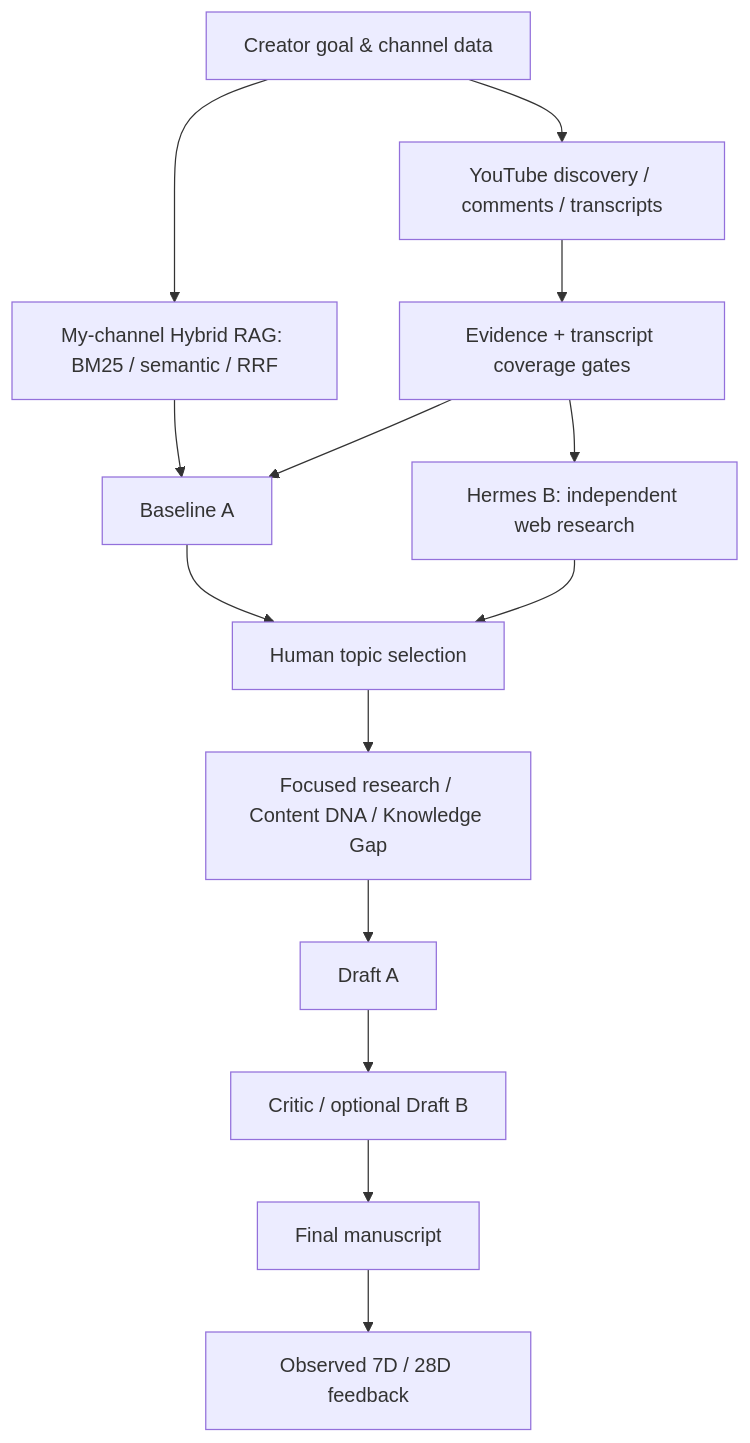
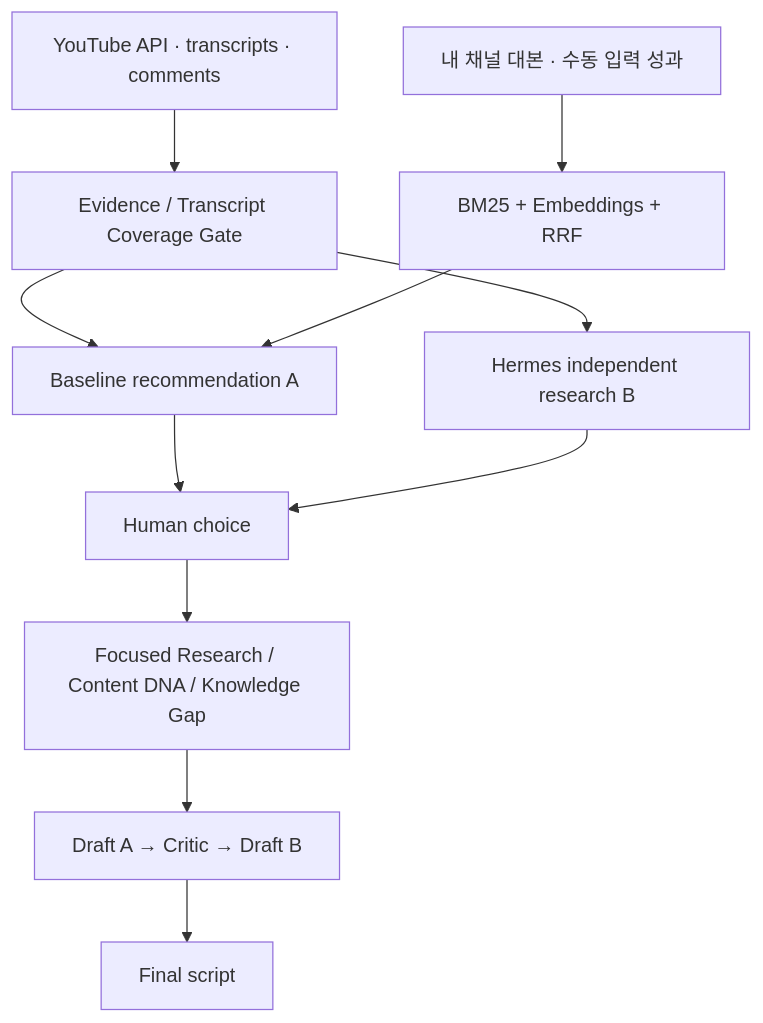
One commit to JDabeen/creator-decision-intelligence-demo changed the second of 2 diagrams in README.md. Above: the diagram before and after it, drawn with Mermaid. The commit also changed other lines of this file, not shown here.

````diff
--- a/README.md
+++ b/README.md
@@ -39,16 +45,13 @@
 ```mermaid
 flowchart TD
-  U["Creator goal & channel data"] --> Y["YouTube discovery / comments / transcripts"]
-  Y --> G["Evidence + transcript coverage gates"]
-  U --> R["My-channel Hybrid RAG: BM25 / semantic / RRF"]
-  R --> A["Baseline A"]
-  G --> A
-  G --> B["Hermes B: independent web research"]
-  A --> H["Human topic selection"]
+  Y["YouTube API · transcripts · comments"] --> G["Evidence / Transcript Coverage Gate"]
+  C["내 채널 대본 · 수동 입력 성과"] --> R["BM25 + Embeddings + RRF"]
+  G --> A["Baseline recommendation A"]
+  R --> A
+  G --> B["Hermes independent research B"]
+  A --> H["Human choice"]
   B --> H
-  H --> F["Focused research / Content DNA / Knowledge Gap"]
-  F --> D["Draft A"]
-  D --> C["Critic / optional Draft B"]
-  C --> S["Final manuscript"]
-  S --> P["Observed 7D / 28D feedback"]
+  H --> F["Focused Research / Content DNA / Knowledge Gap"]
+  F --> D["Draft A → Critic → Draft B"]
+  D --> E["Final script"]
 ```
````
